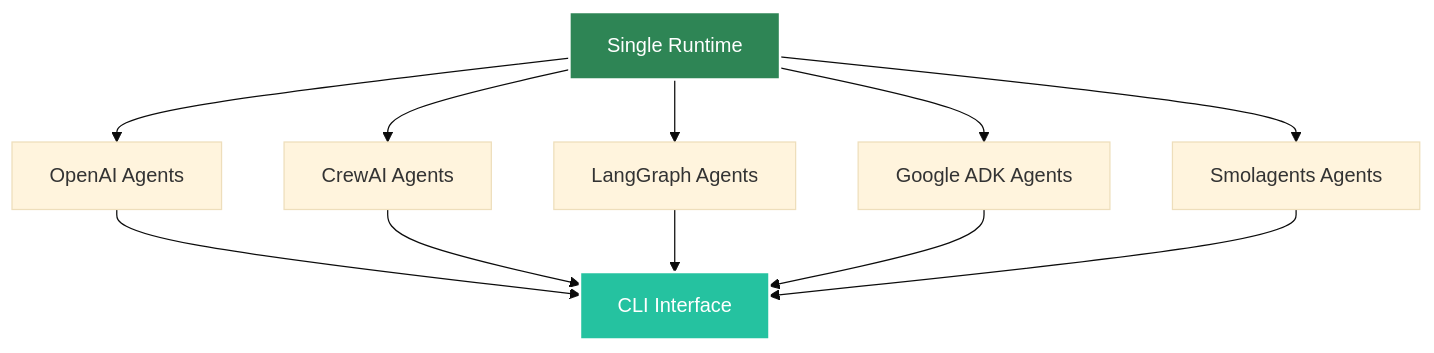
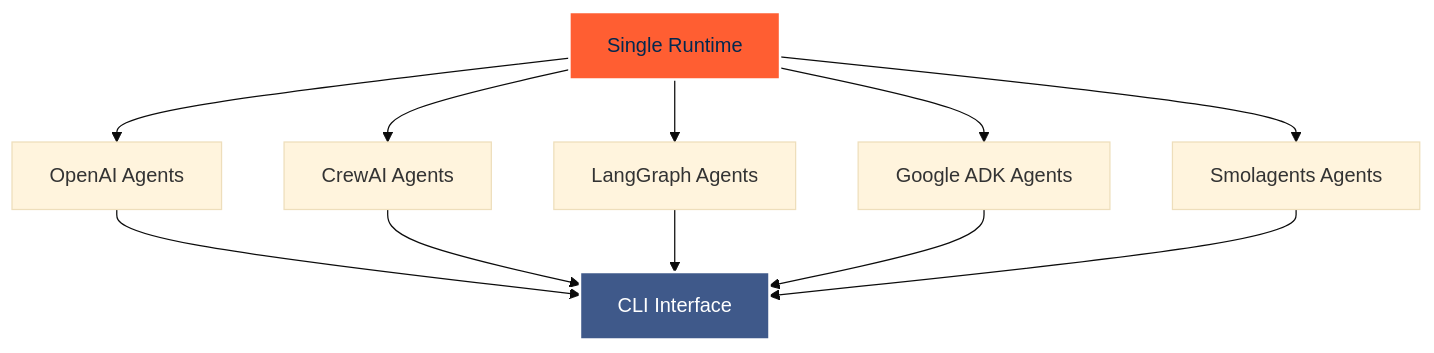
One commit to yaalalabs/agent-kernel changed the diagram in docs/docs/frameworks/multi-framework.md. Above: the diagram before and after it, drawn with Mermaid (base theme). The commit also changed other lines of this file and 444 other files, not shown here.

````diff
--- a/docs/docs/frameworks/multi-framework.md
+++ b/docs/docs/frameworks/multi-framework.md
@@ -26,17 +26,17 @@
 ```mermaid
 graph TB
     A[Single Runtime] --> B[OpenAI Agents]
     A --> C[CrewAI Agents] 
     A --> D[LangGraph Agents]
     A --> E[Google ADK Agents]
     A --> G[Smolagents Agents]
     
     B --> F[CLI Interface]
     C --> F
     D --> F
     E --> F
     G --> F
     
-    style A fill:#2e8555,stroke:#fff,stroke-width:2px,color:#fff
-    style F fill:#25c2a0,stroke:#fff,stroke-width:2px,color:#fff
+    style A fill:#FF5E32,stroke:#fff,stroke-width:2px,color:#02284F
+    style F fill:#3F598A,stroke:#fff,stroke-width:2px,color:#fff
 ```
````
